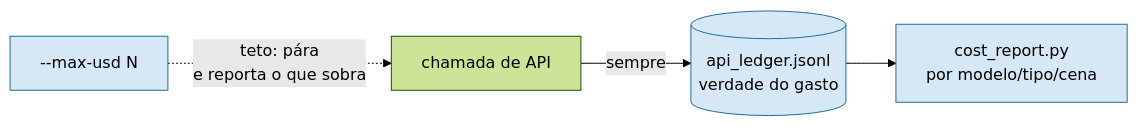
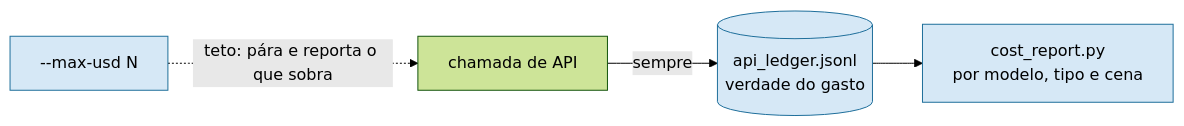
The sixth of 6 diagrams in docs/GOVERNANCE.md (scudellerlemos/translation-cognition-framework), drawn with Mermaid (forest theme) before and after one commit. The commit also changed other lines of this file and 14 other files, not shown here.

Commit message:
docs: reescreve 15 docs com C4 em mermaid e linguagem simples

````diff
--- a/docs/GOVERNANCE.md
+++ b/docs/GOVERNANCE.md
@@ -168,8 +162,8 @@
 ```mermaid
 flowchart LR
   apicall["chamada de API"] -->|"sempre"| ledger[("api_ledger.jsonl<br/>verdade do gasto")]
-  ledger --> report["cost_report.py<br/>por modelo/tipo/cena"]
-  cap["--max-usd N"] -.->|"teto: pára<br/>e reporta o que sobra"| apicall
+  ledger --> report["cost_report.py<br/>por modelo, tipo e cena"]
+  cap["--max-usd N"] -.->|"teto: pára e reporta o que sobra"| apicall
   classDef det fill:#d6e8f6,stroke:#1f6f9b,color:#000;
   class ledger,report,cap det;
 ```
````
